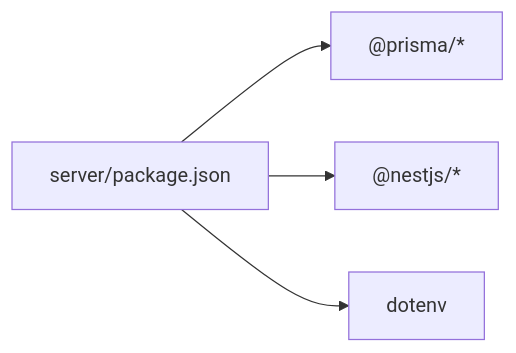
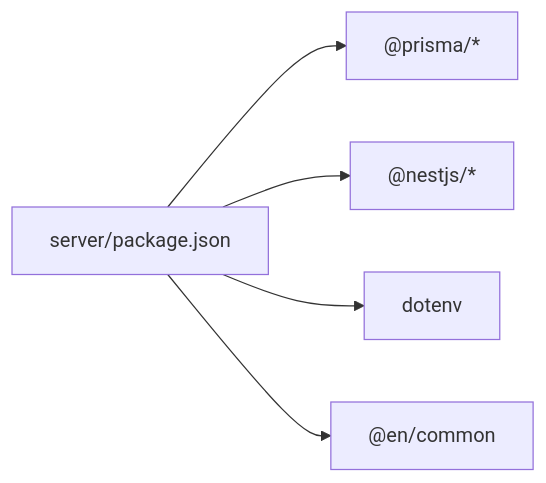
The eighth of 8 diagrams in .qoder/repowiki/zh/content/后端开发/共享模块设计/共享模块设计.md (LihaoZDB/English-Study), drawn with Mermaid before and after one commit. The commit also changed other lines of this file and 9 other files, not shown here.

````diff
--- a/.qoder/repowiki/zh/content/后端开发/共享模块设计/共享模块设计.md
+++ b/.qoder/repowiki/zh/content/后端开发/共享模块设计/共享模块设计.md
@@ -282,10 +401,12 @@
 ```mermaid
 graph LR
 PKG["server/package.json"]
 PRISMA["@prisma/*"]
 NEST["@nestjs/*"]
 DOTENV["dotenv"]
+ENCOMMON["@en/common"]
 PKG --> PRISMA
 PKG --> NEST
 PKG --> DOTENV
+PKG --> ENCOMMON
 ```
````
